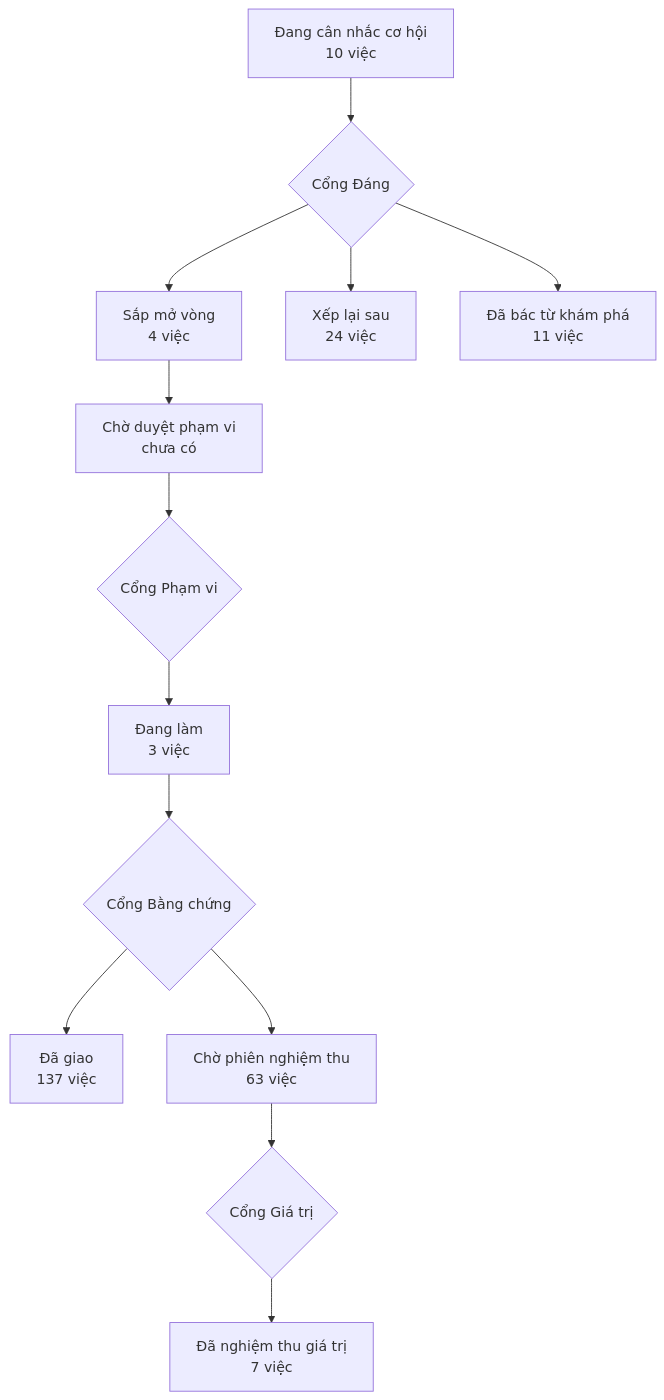
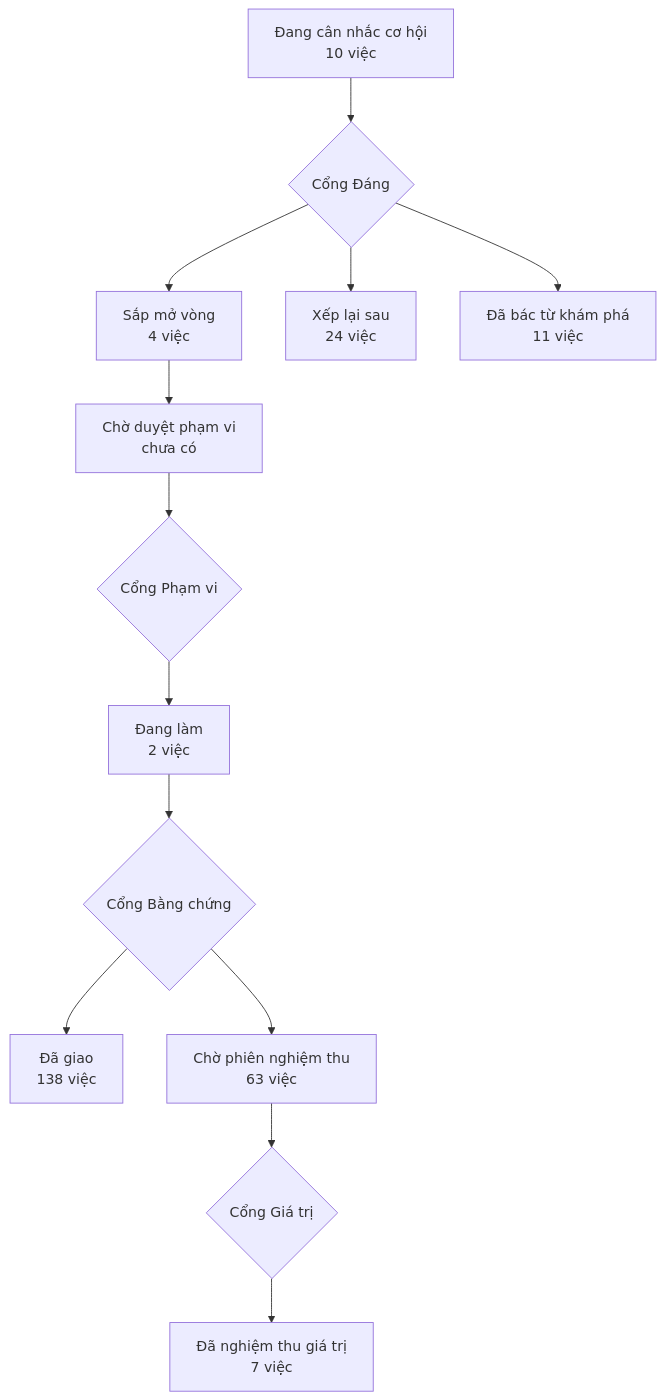
The diagram in PRODUCT-MAP.md (phanlemanh/acceptance-gate-kit), drawn with Mermaid before and after one commit. The commit also changed other lines of this file and 5 other files, not shown here.

````diff
--- a/PRODUCT-MAP.md
+++ b/PRODUCT-MAP.md
@@ -7,12 +7,12 @@
 ```mermaid
 flowchart TD
   A["Đang cân nhắc cơ hội<br/>10 việc"] --> GD{"Cổng Đáng"}
   GD --> B["Sắp mở vòng<br/>4 việc"]
   GD --> XL["Xếp lại sau<br/>24 việc"]
   GD --> DB["Đã bác từ khám phá<br/>11 việc"]
   B --> CD["Chờ duyệt phạm vi<br/>chưa có"] --> GP{"Cổng Phạm vi"}
-  GP --> DL["Đang làm<br/>3 việc"] --> GB{"Cổng Bằng chứng"}
-  GB --> DG["Đã giao<br/>137 việc"]
+  GP --> DL["Đang làm<br/>2 việc"] --> GB{"Cổng Bằng chứng"}
+  GB --> DG["Đã giao<br/>138 việc"]
   GB --> CN["Chờ phiên nghiệm thu<br/>63 việc"] --> GG{"Cổng Giá trị"}
   GG --> NT["Đã nghiệm thu giá trị<br/>7 việc"]
 ```
````
